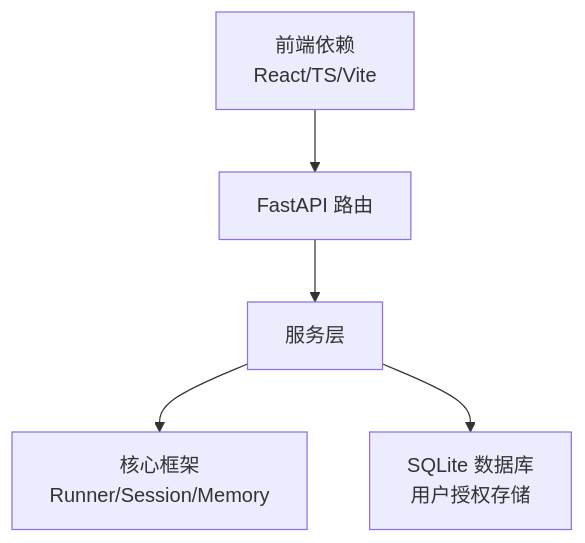
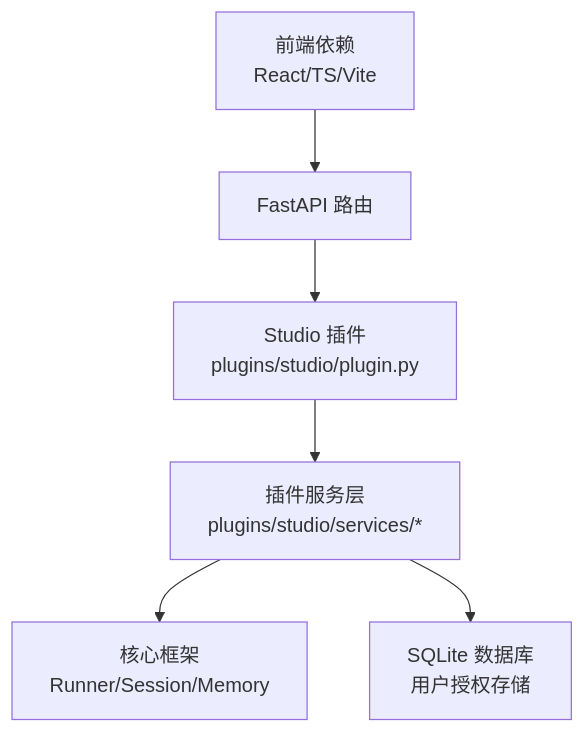
The tenth of 10 diagrams in repowiki/zh/content/Studio 开发工具/Studio 开发工具.md (YU-JI-KUI/ark-agentic), drawn with Mermaid before and after one commit. The commit also changed other lines of this file and 116 other files, not shown here.

````diff
--- a/repowiki/zh/content/Studio 开发工具/Studio 开发工具.md
+++ b/repowiki/zh/content/Studio 开发工具/Studio 开发工具.md
@@ -379,7 +435,8 @@
 ```mermaid
 graph TB
 FE["前端依赖<br/>React/TS/Vite"] --> API["FastAPI 路由"]
-API --> SVC["服务层"]
+API --> PLUGIN["Studio 插件<br/>plugins/studio/plugin.py"]
+PLUGIN --> SVC["插件服务层<br/>plugins/studio/services/*"]
 SVC --> CORE["核心框架<br/>Runner/Session/Memory"]
 SVC --> DB["SQLite 数据库<br/>用户授权存储"]
 ```
````
